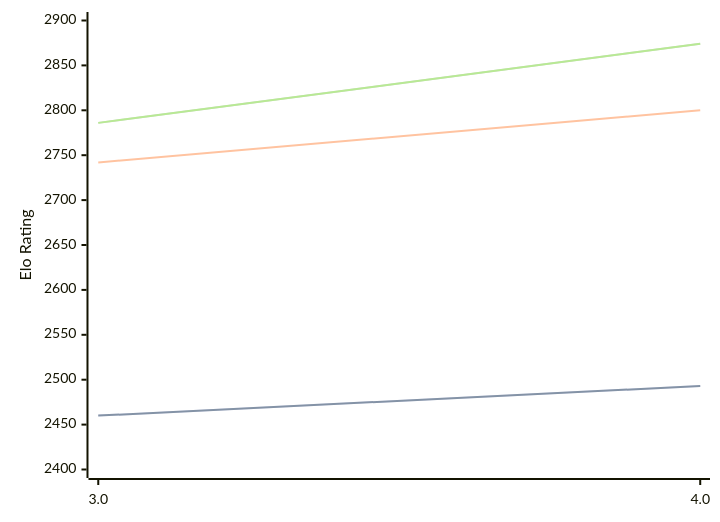
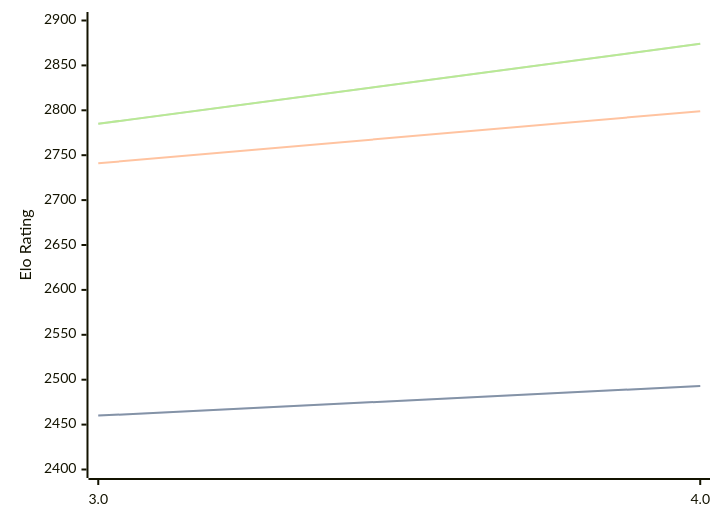
One commit to computer-chess-index/cci changed the diagram in engines/Chess3.md. Above: the diagram before and after it, drawn with Mermaid. The commit also changed other lines of this file, not shown here.

Commit message:
Update CCI Ratings (ELO VLTC) - 2026-06-10

````diff
--- a/engines/Chess3.md
+++ b/engines/Chess3.md
@@ -34,11 +34,11 @@
 ```mermaid
 %%{init: {"theme":"base","themeVariables":{"seriesColors:['#a3a3a3','#222221','#faa371']}}}%%
 xychart-beta
   x-axis ["3.0", "4.0"]
   y-axis "Elo Rating" 2400 --> 2900
   line "STC (8.0+0.08s)" [2460, 2493]
   line "STC (8.0+0.08s)" [2460, 2493]
-  line "LTC (60.0+0.60s)" [2742, 2800]
-  line "VLTC (2m24s+1.12s)" [2786, 2874]
-  line "VLTC (2m24s+1.12s)" [2786, 2874]
+  line "LTC (60.0+0.60s)" [2741, 2799]
+  line "VLTC (2m24s+1.12s)" [2785, 2874]
+  line "VLTC (2m24s+1.12s)" [2785, 2874]
 ```
````
